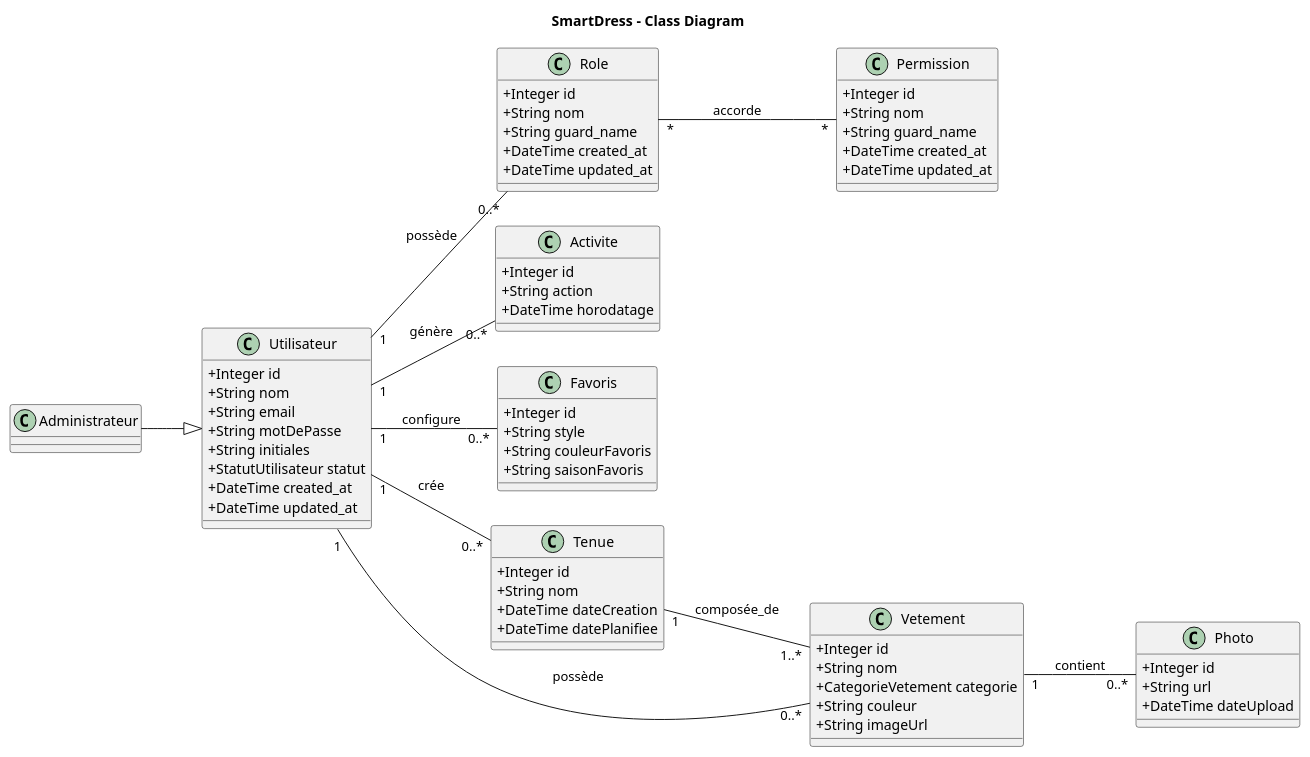
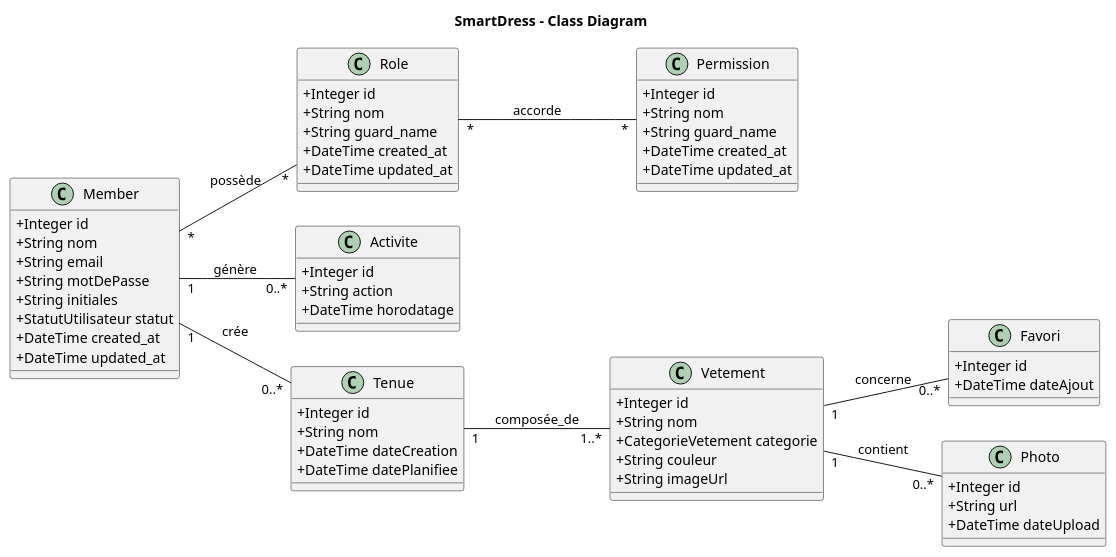
Before and after one commit to yasmineh-d/SmartDress: the diagram in Conception/diagramme-classes.puml, drawn with PlantUML. The commit also changed 8 other files, not shown here.

```diff
--- a/Conception/diagramme-classes.puml
+++ b/Conception/diagramme-classes.puml
@@ -1,82 +1,79 @@
 @startuml
 title SmartDress - Class Diagram
 
 left to right direction
 skinparam classAttributeIconSize 0
 
-class Administrateur
-class Utilisateur {
+class Member {
     +Integer id
     +String nom
     +String email
     +String motDePasse
     +String initiales
     +StatutUtilisateur statut
     +DateTime created_at
     +DateTime updated_at
 }
 
 class Role {
     +Integer id
     +String nom
     +String guard_name
     +DateTime created_at
     +DateTime updated_at
 }
 
 class Permission {
     +Integer id
     +String nom
     +String guard_name
     +DateTime created_at
     +DateTime updated_at
 }
 
 class Activite {
     +Integer id
     +String action
     +DateTime horodatage
 }
 
-class Favoris {
+class Favori {
     +Integer id
-    +String style
-    +String couleurFavoris
-    +String saisonFavoris
+    +DateTime dateAjout
 }
 
 class Tenue {
     +Integer id
     +String nom
     +DateTime dateCreation
     +DateTime datePlanifiee
 }
 
 class Vetement {
     +Integer id
     +String nom
     +CategorieVetement categorie
     +String couleur
     +String imageUrl
 }
 
 class Photo {
     +Integer id
     +String url
     +DateTime dateUpload
 }
 
-Administrateur --|> Utilisateur
+Member "*" -- "*" Role : possède
+Member "1" -- "0..*" Activite : génère
 
-Utilisateur "1" -- "0..*" Role : possède
-Utilisateur "1" -- "0..*" Activite : génère
-Utilisateur "1" -- "0..*" Favoris : configure
-Utilisateur "1" -- "0..*" Tenue : crée
-Utilisateur "1" -- "0..*" Vetement : possède
+Member "1" -- "0..*" Tenue : crée
+
+
+Vetement "1" -- "0..*" Favori : concerne
 
 Role "*" -- "*" Permission : accorde
 
 Tenue "1" -- "1..*" Vetement : composée_de
 Vetement "1" -- "0..*" Photo : contient
 
 @enduml
```
